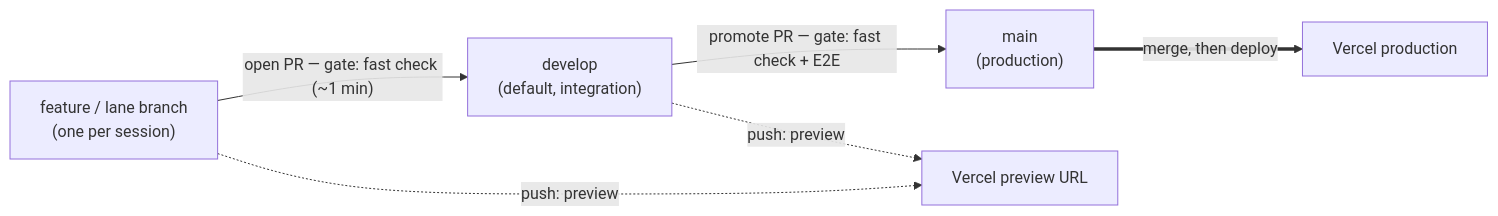
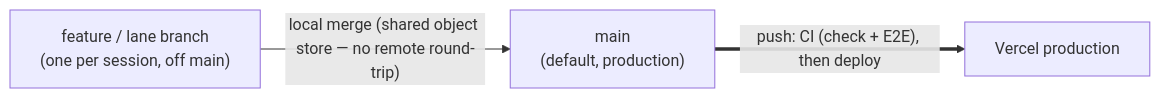
The diagram in docs/diagrams/branch-and-ci-flow.md (andrewpetersondev/nextjs-dashboard), drawn with Mermaid before and after one commit. The commit also changed other lines of this file and 10 other files, not shown here.

First line of the commit message:
refactor(repo): collapse two-tier develop→main into single-branch local-first model

````diff
--- a/docs/diagrams/branch-and-ci-flow.md
+++ b/docs/diagrams/branch-and-ci-flow.md
@@ -9,14 +9,9 @@
 ```mermaid
 flowchart LR
-    F["feature / lane branch<br/>(one per session)"]
-    DEV["develop<br/>(default, integration)"]
-    MAIN["main<br/>(production)"]
+    F["feature / lane branch<br/>(one per session, off main)"]
+    MAIN["main<br/>(default, production)"]
     PROD["Vercel production"]
-    PREV["Vercel preview URL"]
 
-    F -->|"open PR — gate: fast check (~1 min)"| DEV
-    DEV -->|"promote PR — gate: fast check + E2E"| MAIN
-    MAIN ==>|"merge, then deploy"| PROD
-    F -.->|"push: preview"| PREV
-    DEV -.->|"push: preview"| PREV
+    F -->|"local merge (shared object store — no remote round-trip)"| MAIN
+    MAIN ==>|"push: CI (check + E2E), then deploy"| PROD
 ```
````
